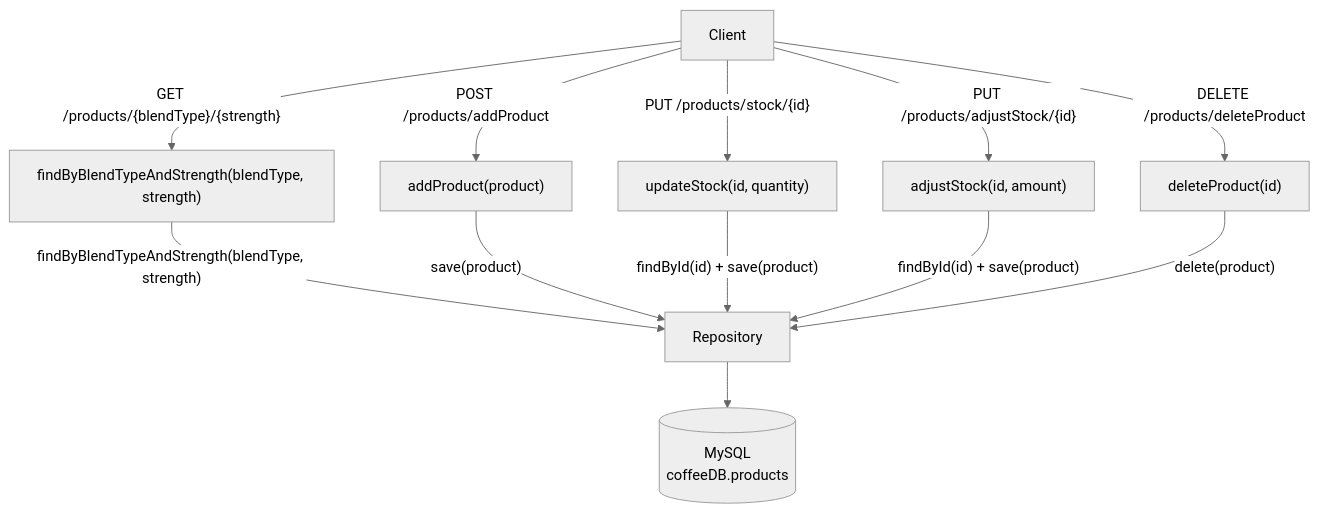
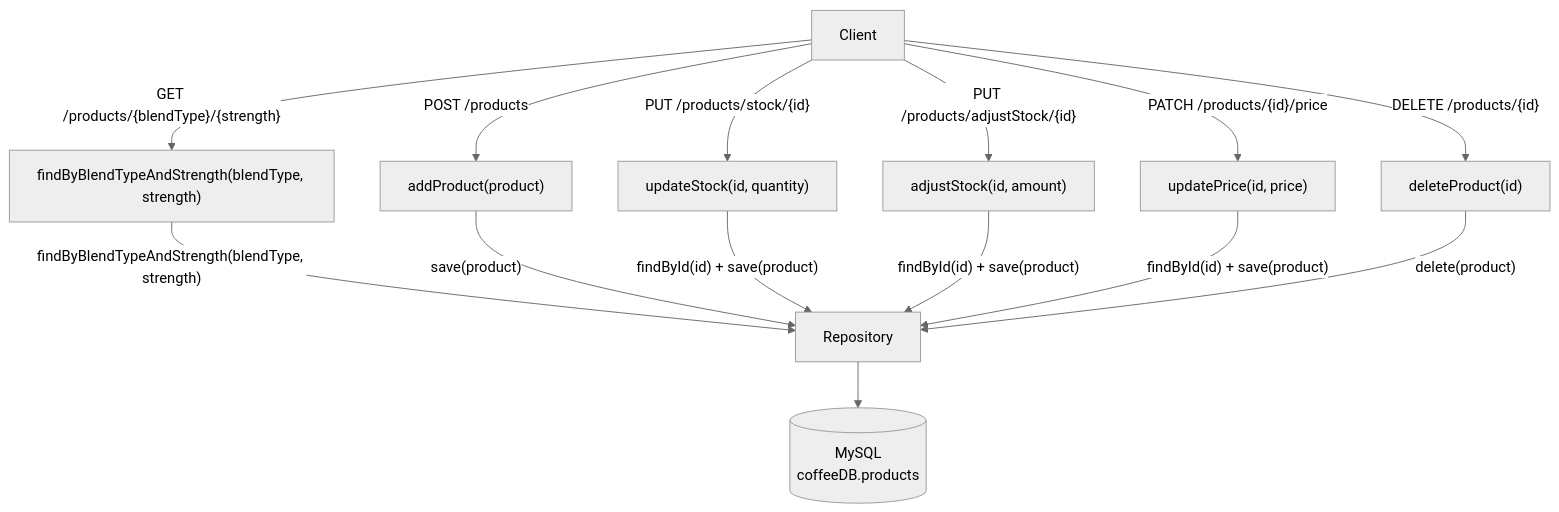
Before and after one commit to Jade-Evans/group-2-project: the diagram in README.md, drawn with Mermaid (neutral theme).

Commit message:
Add PATCH endpoint to README file

````diff
--- a/README.md
+++ b/README.md
@@ -12,19 +12,20 @@
 ```mermaid
-
 flowchart TD
     Client["Client"]
+
     Client -->|"GET /products/{blendType}/{strength}"| SearchByType["findByBlendTypeAndStrength(blendType, strength)"]
-    Client -->|"POST /products/addProduct"| CreateProduct["addProduct(product)"]
+    Client -->|"POST /products"| CreateProduct["addProduct(product)"]
     Client -->|"PUT /products/stock/{id}"| UpdateStock["updateStock(id, quantity)"]
     Client -->|"PUT /products/adjustStock/{id}"| AdjustStock["adjustStock(id, amount)"]
-    Client --> |"DELETE /products/deleteProduct"| DeleteById["deleteProduct(id)"]
-    
+    Client -->|"PATCH /products/{id}/price"| UpdatePrice["updatePrice(id, price)"]
+    Client -->|"DELETE /products/{id}"| DeleteById["deleteProduct(id)"]
+
     SearchByType -->|"findByBlendTypeAndStrength(blendType, strength)"| Repository
     CreateProduct -->|"save(product)"| Repository
-    UpdateStock-->|"findById(id) + save(product)"| Repository
-    AdjustStock-->|"findById(id) + save(product)"| Repository
+    UpdateStock -->|"findById(id) + save(product)"| Repository
+    AdjustStock -->|"findById(id) + save(product)"| Repository
+    UpdatePrice -->|"findById(id) + save(product)"| Repository
     DeleteById -->|"delete(product)"| Repository
-    
+
     Repository --> Database[("MySQL<br/>coffeeDB.products")]
-
 ```
````
